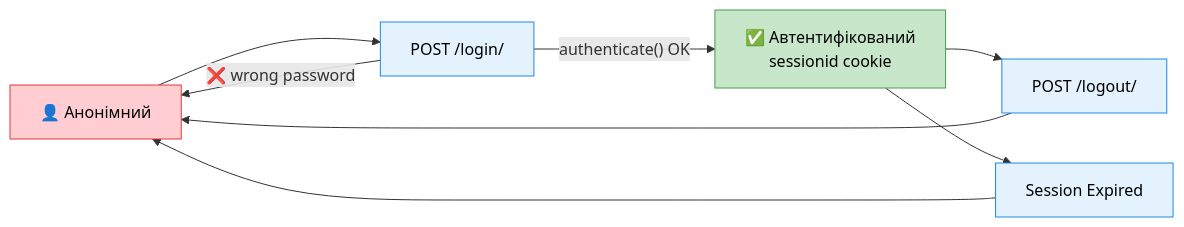
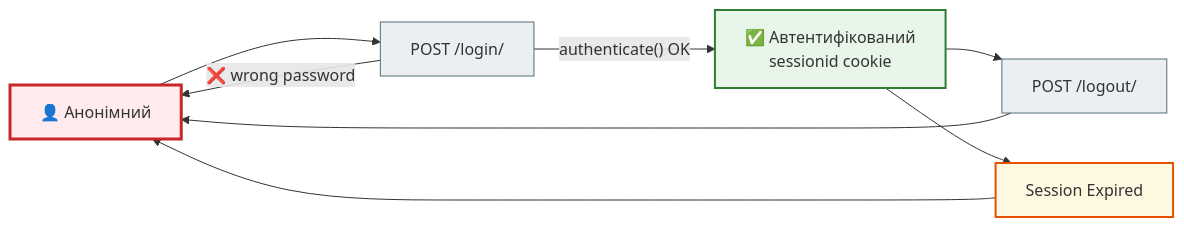
The tenth of 19 diagrams in docs/02_django_core/django_mermaid_full.md (NikoriakViktot/notes_chat_app), drawn with Mermaid before and after one commit. The commit also changed other lines of this file and 441 other files, not shown here.

First line of the commit message:
Add English version of the book, Mermaid standard, docs fixes

````diff
--- a/docs/02_django_core/django_mermaid_full.md
+++ b/docs/02_django_core/django_mermaid_full.md
@@ -295,31 +309,37 @@
 ```mermaid
 flowchart LR
 
-    classDef anon fill:#FFCDD2,stroke:#E53935,color:#000
-    classDef auth fill:#C8E6C9,stroke:#43A047,color:#000
-    classDef process fill:#E3F2FD,stroke:#1E88E5,color:#000
 
-    Anonymous["👤 Анонімний"]:::anon
+    Anonymous["👤 Анонімний"]
 
-    Login["POST /login/"]:::process
+    Login["POST /login/"]
 
-    Auth["✅ Автентифікований\nsessionid cookie"]:::auth
+    Auth["✅ Автентифікований<br>sessionid cookie"]
 
-    Logout["POST /logout/"]:::process
+    Logout["POST /logout/"]
 
-    Expire["Session Expired"]:::process
+    Expire["Session Expired"]
 
     Anonymous --> Login
 
     Login -->|"authenticate() OK"| Auth
 
     Login -->|"❌ wrong password"| Anonymous
 
     Auth --> Logout
 
     Logout --> Anonymous
 
     Auth --> Expire
 
     Expire --> Anonymous
+
+    classDef step     fill:#eceff1,stroke:#546e7a,stroke-width:1px;
+    classDef warning  fill:#fff8e1,stroke:#e65100,stroke-width:2px;
+    classDef success  fill:#e8f5e9,stroke:#2e7d32,stroke-width:2px;
+    classDef error    fill:#ffebee,stroke:#c62828,stroke-width:3px;
+    class Login,Logout step;
+    class Expire warning;
+    class Auth success;
+    class Anonymous error;
 ```
````
